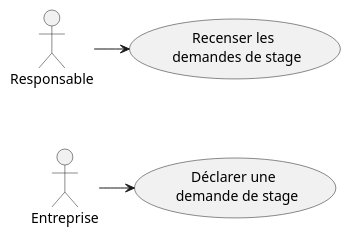
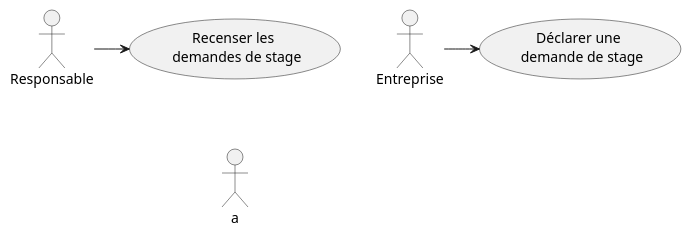
The diagram in uc.plantuml (IUT-Blagnac/r2-01-conception-td5-Jolex35), drawn with PlantUML before and after one commit.

```diff
--- a/uc.plantuml
+++ b/uc.plantuml
@@ -1,14 +1,14 @@
 @startuml uc
 
 usecase r as "Recenser les \n demandes de stage"
 usecase d as "Déclarer une \n demande de stage"
 
 actor Responsable
 actor Entreprise 
 
 'Pour aligner les 2 acteurs :
-r -[hidden]-> d
+r -[hidden]-> a
 
 Responsable -> r
 Entreprise -> d
 @enduml
```
